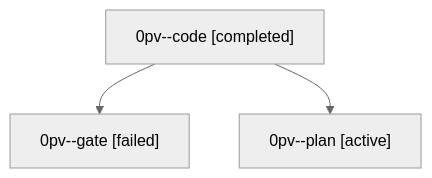
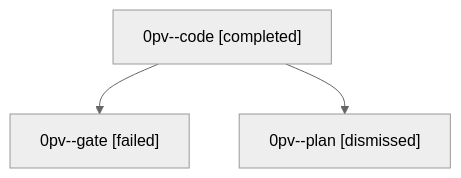
One commit to sase-org/sase--agents changed the diagram in sessions/bbugyi200.athena.0pv.md. Above: the diagram before and after it, drawn with Mermaid (neutral theme). The commit also changed other lines of this file and 36 other files, not shown here.

````diff
--- a/sessions/bbugyi200.athena.0pv.md
+++ b/sessions/bbugyi200.athena.0pv.md
@@ -9,8 +9,8 @@
 ```mermaid
 flowchart TD
   n0["0pv--code [completed]"]
   n1["0pv--gate [failed]"]
   n0 --> n1
-  n2["0pv--plan [active]"]
+  n2["0pv--plan [dismissed]"]
   n0 --> n2
 ```
````
